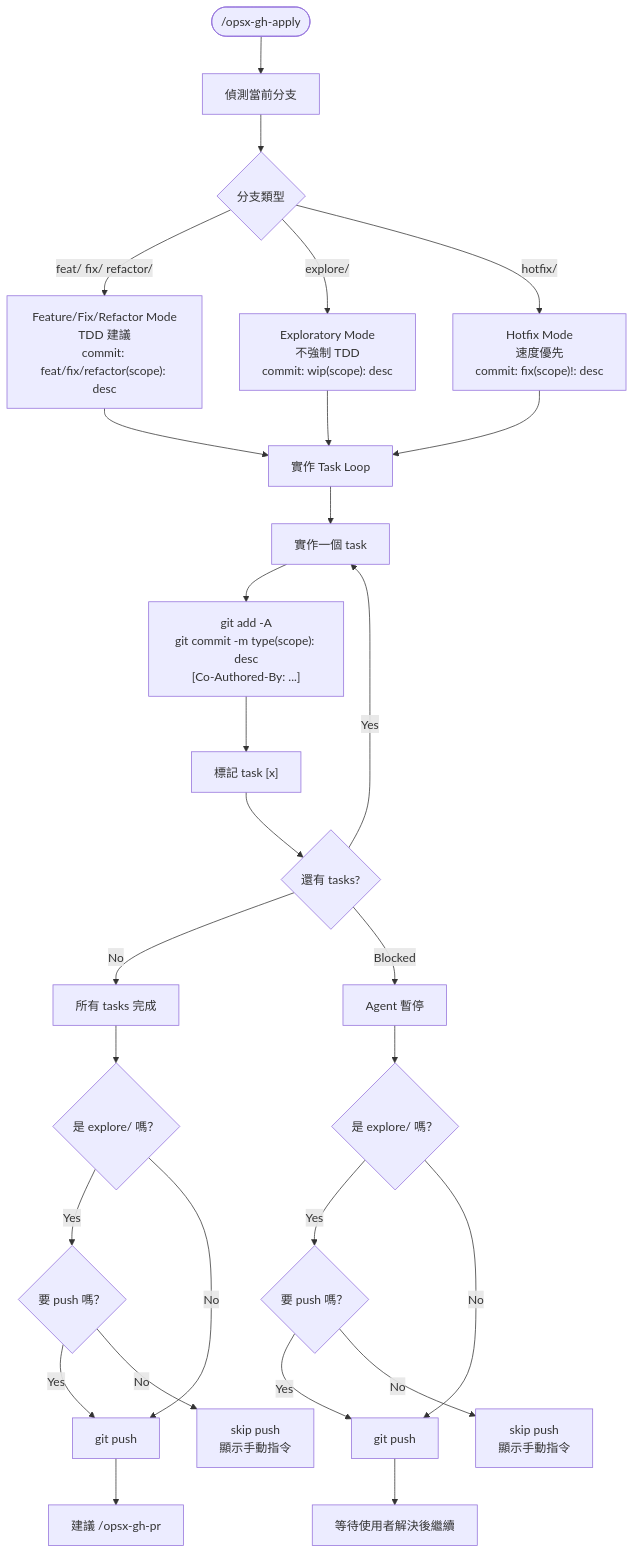
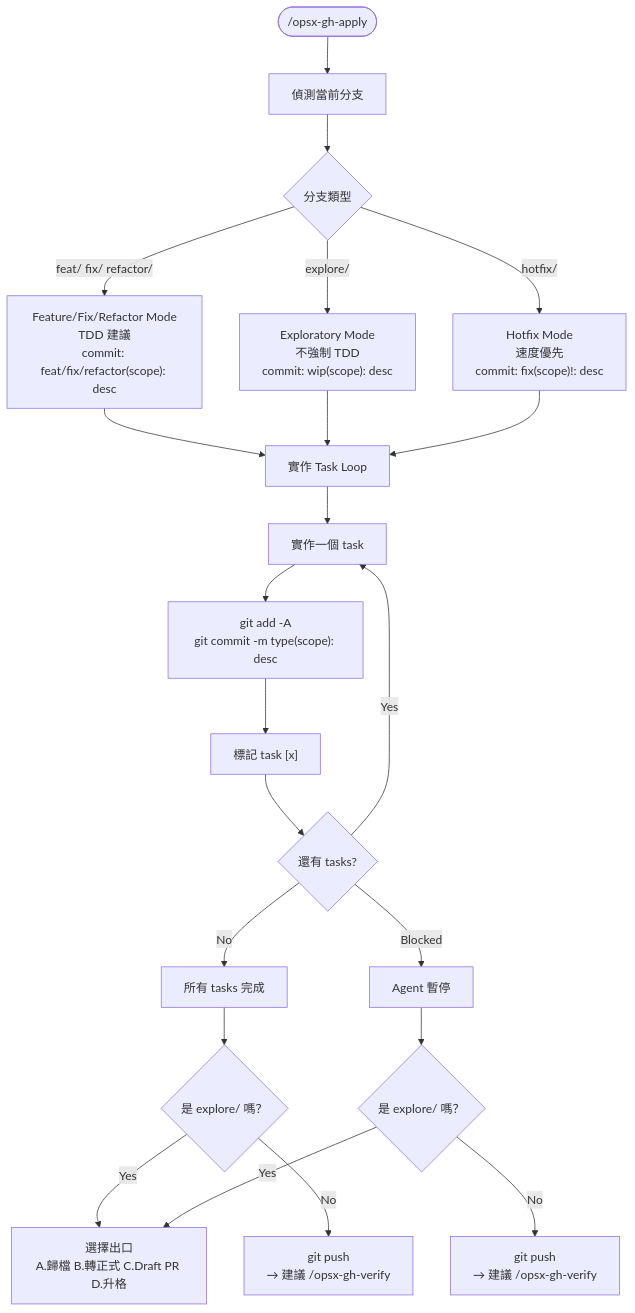
The second of 5 diagrams in .agent/opsx-gh-flowchart.md (Martina-volley/openspec-gh-addon), drawn with Mermaid before and after one commit. The commit also changed other lines of this file and 1 other file, not shown here.

First line of the commit message:
docs: update guide and flowchart to v1.3

````diff
--- a/.agent/opsx-gh-flowchart.md
+++ b/.agent/opsx-gh-flowchart.md
@@ -34,35 +34,27 @@
 ```mermaid
 flowchart TD
     APPLY(["/opsx-gh-apply"]) --> DETECT["偵測當前分支"]
 
     DETECT --> MODE{分支類型}
     MODE -->|"feat/ fix/ refactor/"| FEATURE_MODE["Feature/Fix/Refactor Mode\nTDD 建議\ncommit: feat/fix/refactor(scope): desc"]
     MODE -->|"explore/"| EXPLORE_MODE["Exploratory Mode\n不強制 TDD\ncommit: wip(scope): desc"]
     MODE -->|"hotfix/"| HOTFIX_MODE["Hotfix Mode\n速度優先\ncommit: fix(scope)!: desc"]
 
     FEATURE_MODE & EXPLORE_MODE & HOTFIX_MODE --> LOOP["實作 Task Loop"]
 
     LOOP --> IMPL["實作一個 task"]
-    IMPL --> COMMIT["git add -A\ngit commit -m type(scope): desc\n[Co-Authored-By: ...]"]
+    IMPL --> COMMIT["git add -A\ngit commit -m type(scope): desc"]
     COMMIT --> MARK["標記 task [x]"]
     MARK --> MORE{還有 tasks?}
     MORE -->|Yes| IMPL
     MORE -->|No| ALL_DONE["所有 tasks 完成"]
     MORE -->|Blocked| PAUSED["Agent 暫停"]
 
     ALL_DONE --> CHECK_BRANCH1{是 explore/ 嗎？}
     PAUSED --> CHECK_BRANCH2{是 explore/ 嗎？}
 
-    CHECK_BRANCH1 -->|Yes| ASK_PUSH1{要 push 嗎？}
-    CHECK_BRANCH1 -->|No| PUSH1["git push"]
-    CHECK_BRANCH2 -->|Yes| ASK_PUSH2{要 push 嗎？}
-    CHECK_BRANCH2 -->|No| PUSH2["git push"]
-
-    ASK_PUSH1 -->|Yes| PUSH1
-    ASK_PUSH1 -->|No| SKIP_PUSH1["skip push\n顯示手動指令"]
-    ASK_PUSH2 -->|Yes| PUSH2
-    ASK_PUSH2 -->|No| SKIP_PUSH2["skip push\n顯示手動指令"]
-
-    PUSH1 --> SUGGEST_PR["建議 /opsx-gh-pr"]
-    PUSH2 --> WAIT["等待使用者解決後繼續"]
+    CHECK_BRANCH1 -->|Yes| EXIT_OPTS["選擇出口\nA.歸檔 B.轉正式 C.Draft PR D.升格"]
+    CHECK_BRANCH1 -->|No| PUSH1["git push\n→ 建議 /opsx-gh-verify"]
+    CHECK_BRANCH2 -->|Yes| EXIT_OPTS
+    CHECK_BRANCH2 -->|No| PUSH2["git push\n→ 建議 /opsx-gh-verify"]
 ```
````
